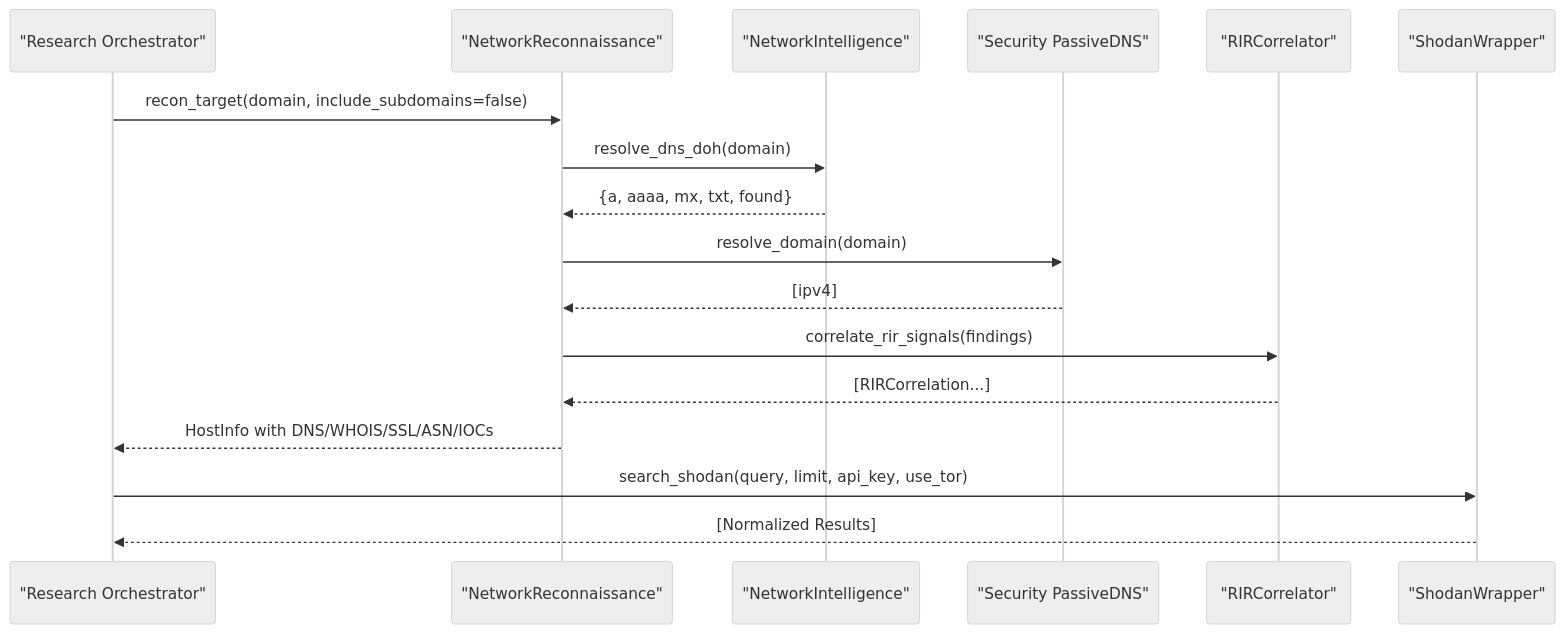
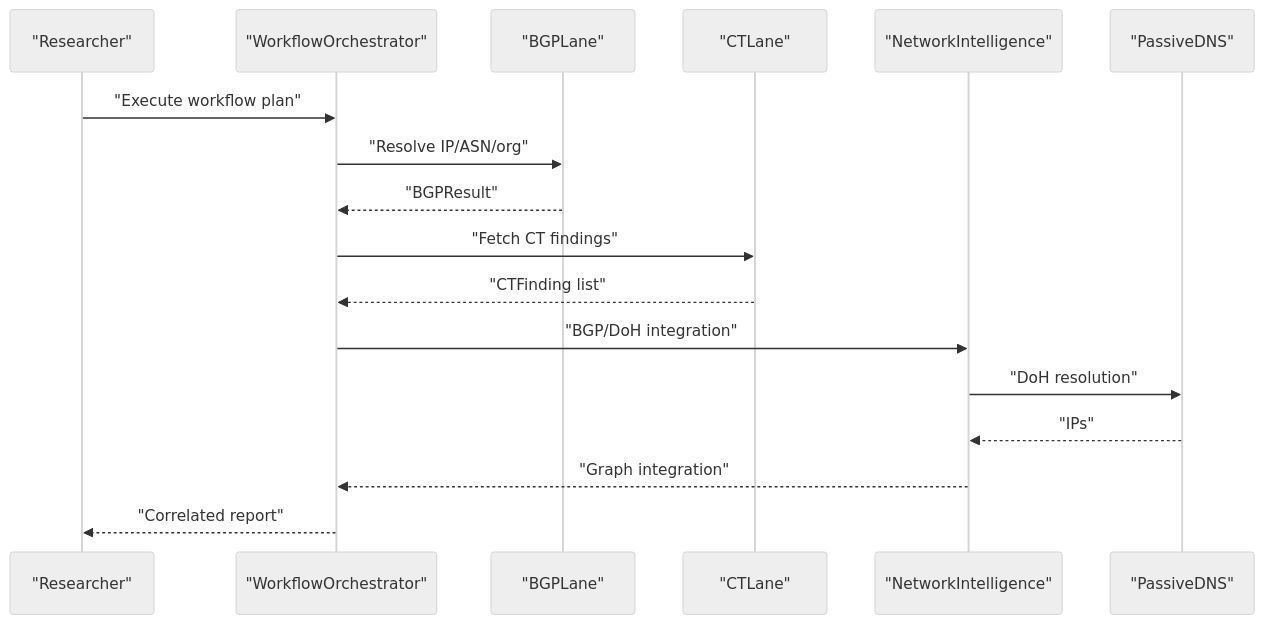
Before and after one commit to Hamulda/hledac-universal: the second of 9 diagrams in .qoder/repowiki/en/content/Intelligence Modules/Network Intelligence.md, drawn with Mermaid (neutral theme). The commit also changed other lines of this file and 236 other files, not shown here.

````diff
--- a/.qoder/repowiki/en/content/Intelligence Modules/Network Intelligence.md
+++ b/.qoder/repowiki/en/content/Intelligence Modules/Network Intelligence.md
@@ -110,19 +129,19 @@
 ```mermaid
 sequenceDiagram
-participant Orchestrator as "Research Orchestrator"
-participant NR as "NetworkReconnaissance"
-participant NI as "NetworkIntelligence"
-participant PD as "Security PassiveDNS"
-participant RC as "RIRCorrelator"
-participant SW as "ShodanWrapper"
-Orchestrator->>NR : recon_target(domain, include_subdomains=false)
-NR->>NI : resolve_dns_doh(domain)
-NI-->>NR : {a, aaaa, mx, txt, found}
-NR->>PD : resolve_domain(domain)
-PD-->>NR : [ipv4]
-NR->>RC : correlate_rir_signals(findings)
-RC-->>NR : [RIRCorrelation...]
-NR-->>Orchestrator : HostInfo with DNS/WHOIS/SSL/ASN/IOCs
-Orchestrator->>SW : search_shodan(query, limit, api_key, use_tor)
-SW-->>Orchestrator : [Normalized Results]
+participant Client as "Researcher"
+participant Orchestrator as "WorkflowOrchestrator"
+participant BGPLane as "BGPLane"
+participant CTLane as "CTLane"
+participant NetInt as "NetworkIntelligence"
+participant PDNS as "PassiveDNS"
+Client->>Orchestrator : "Execute workflow plan"
+Orchestrator->>BGPLane : "Resolve IP/ASN/org"
+BGPLane-->>Orchestrator : "BGPResult"
+Orchestrator->>CTLane : "Fetch CT findings"
+CTLane-->>Orchestrator : "CTFinding list"
+Orchestrator->>NetInt : "BGP/DoH integration"
+NetInt->>PDNS : "DoH resolution"
+PDNS-->>NetInt : "IPs"
+NetInt-->>Orchestrator : "Graph integration"
+Orchestrator-->>Client : "Correlated report"
 ```
````
